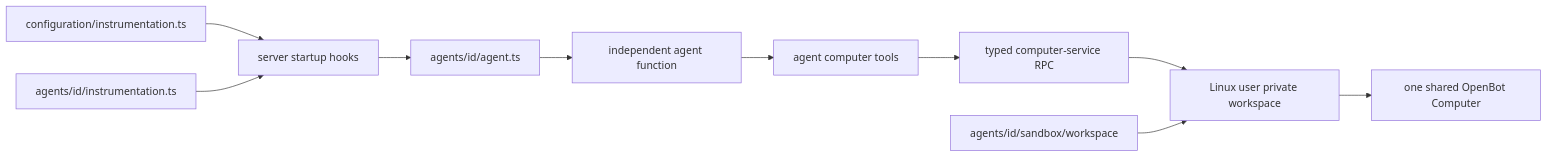
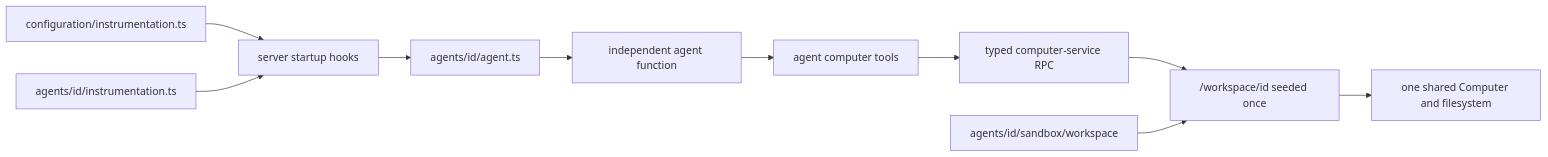
One commit to trytilde/dispatch changed the diagram in docs/adrs/0011-eve-compatible-agent-layout.md. Above: the diagram before and after it, drawn with Mermaid. The commit also changed other lines of this file and 165 other files, not shown here.

````diff
--- a/docs/adrs/0011-eve-compatible-agent-layout.md
+++ b/docs/adrs/0011-eve-compatible-agent-layout.md
@@ -50,12 +56,12 @@
 ```mermaid
 flowchart LR
   G["configuration/instrumentation.ts"] --> H["server startup hooks"]
   A["agents/id/instrumentation.ts"] --> H
   H --> E["agents/id/agent.ts"]
   E --> F["independent agent function"]
   F --> T["agent computer tools"]
   T --> C["typed computer-service RPC"]
   C --> U
-  W["agents/id/sandbox/workspace"] --> U["Linux user private workspace"]
-  U --> S["one shared OpenBot Computer"]
+  W["agents/id/sandbox/workspace"] --> U["/workspace/id seeded once"]
+  U --> S["one shared Computer and filesystem"]
 ```
````
